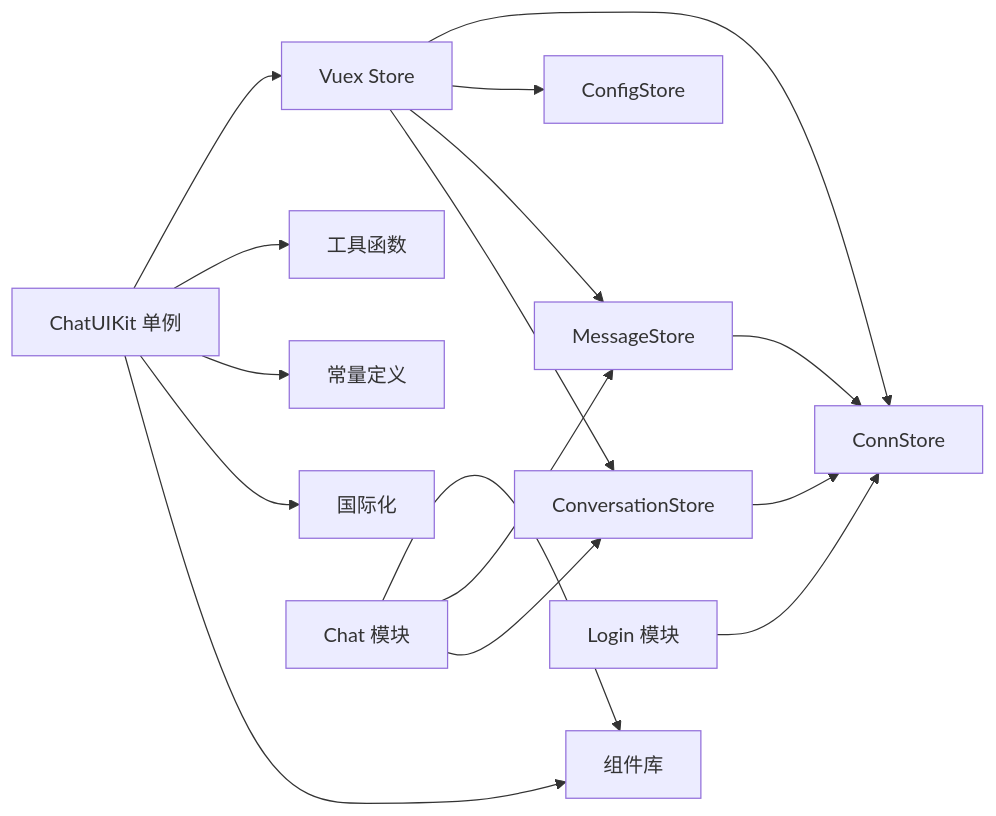
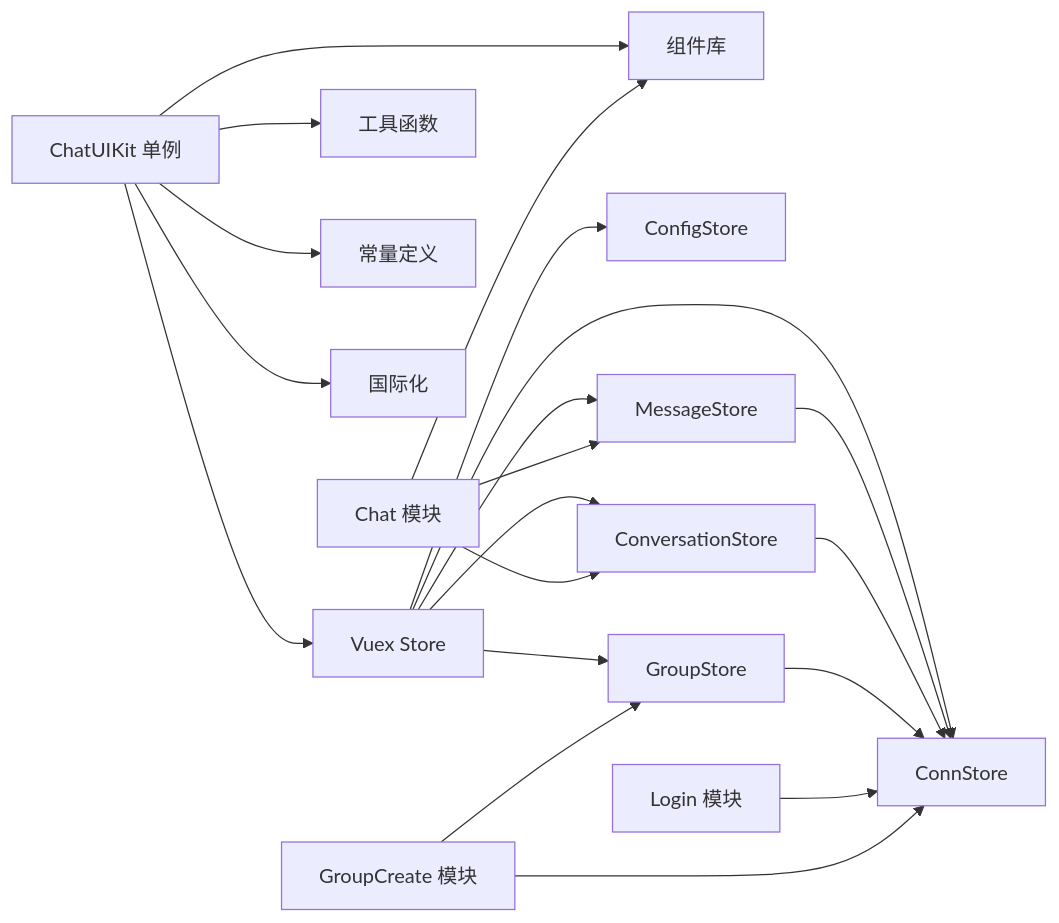
One commit to Easemob-Community/easemob-uikit-uniapp-community changed the ninth of 9 diagrams in .qoder/repowiki/zh/content/API参考/API参考.md. Above: the diagram before and after it, drawn with Mermaid. The commit also changed other lines of this file and 5 other files, not shown here.

````diff
--- a/.qoder/repowiki/zh/content/API参考/API参考.md
+++ b/.qoder/repowiki/zh/content/API参考/API参考.md
@@ -410,18 +470,22 @@
 ```mermaid
 graph LR
 ChatUIKit["ChatUIKit 单例"] --> VuexStore["Vuex Store"]
 ChatUIKit --> Utils["工具函数"]
 ChatUIKit --> Const["常量定义"]
 ChatUIKit --> I18n["国际化"]
 ChatUIKit --> Components["组件库"]
 VuexStore --> ConnStore["ConnStore"]
 VuexStore --> ConfigStore["ConfigStore"]
 VuexStore --> MessageStore["MessageStore"]
 VuexStore --> ConversationStore["ConversationStore"]
+VuexStore --> GroupStore["GroupStore"]
 MessageStore --> ConnStore
 ConversationStore --> ConnStore
+GroupStore --> ConnStore
 ChatModule["Chat 模块"] --> Components
 ChatModule --> MessageStore
 ChatModule --> ConversationStore
 LoginModule["Login 模块"] --> ConnStore
+GroupCreateModule["GroupCreate 模块"] --> GroupStore
+GroupCreateModule --> ConnStore
 ```
````
